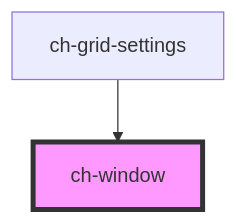
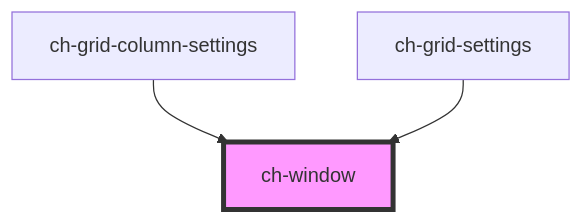
One commit to genexuslabs/chameleon-controls-library changed the diagram in src/components/window/readme.md. Above: the diagram before and after it, drawn with Mermaid. The commit also changed other lines of this file and 1 other file, not shown here.

Commit message:
Fix z-index on ch-window

````diff
--- a/src/components/window/readme.md
+++ b/src/components/window/readme.md
@@ -45,5 +46,6 @@
 ```mermaid
 graph TD;
+  ch-grid-column-settings --> ch-window
   ch-grid-settings --> ch-window
   style ch-window fill:#f9f,stroke:#333,stroke-width:4px
 ```
````
